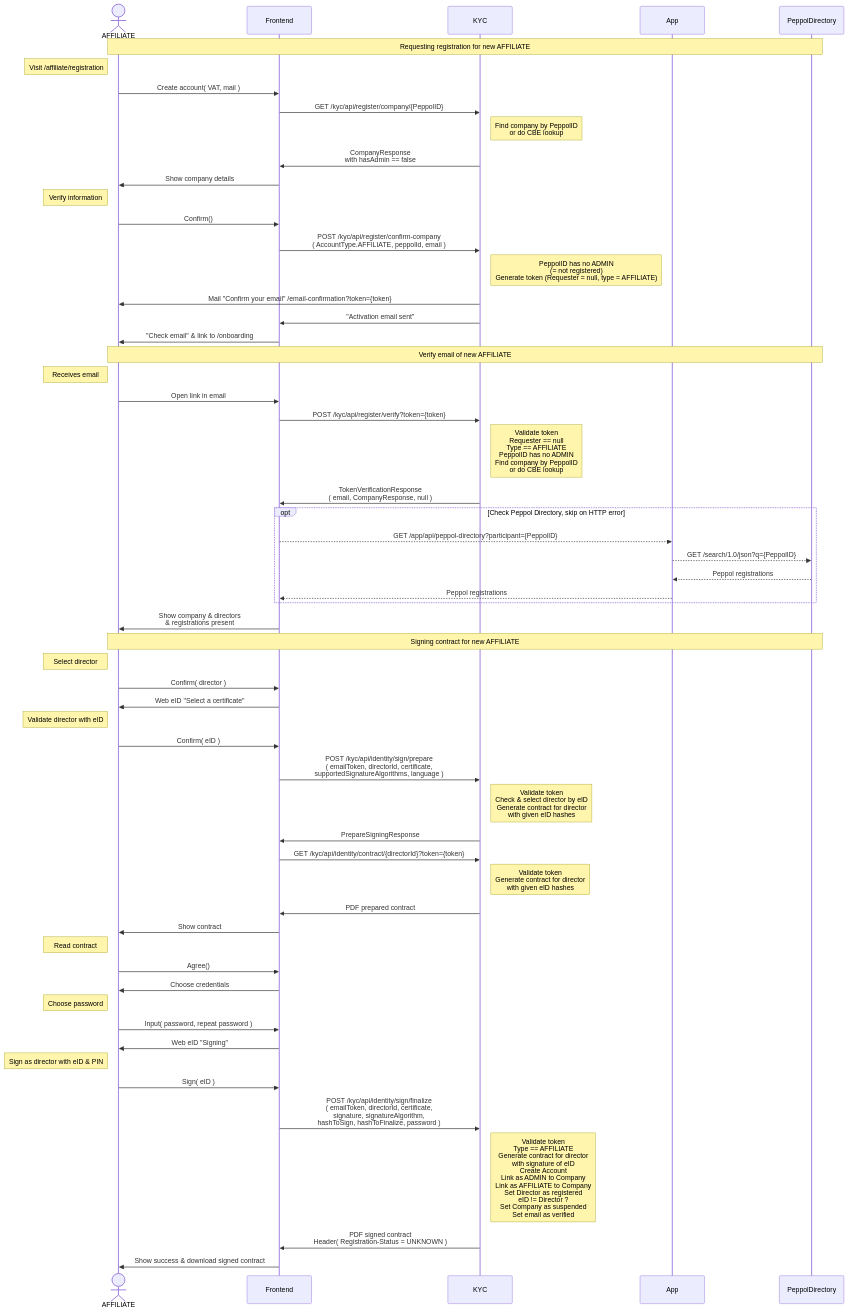
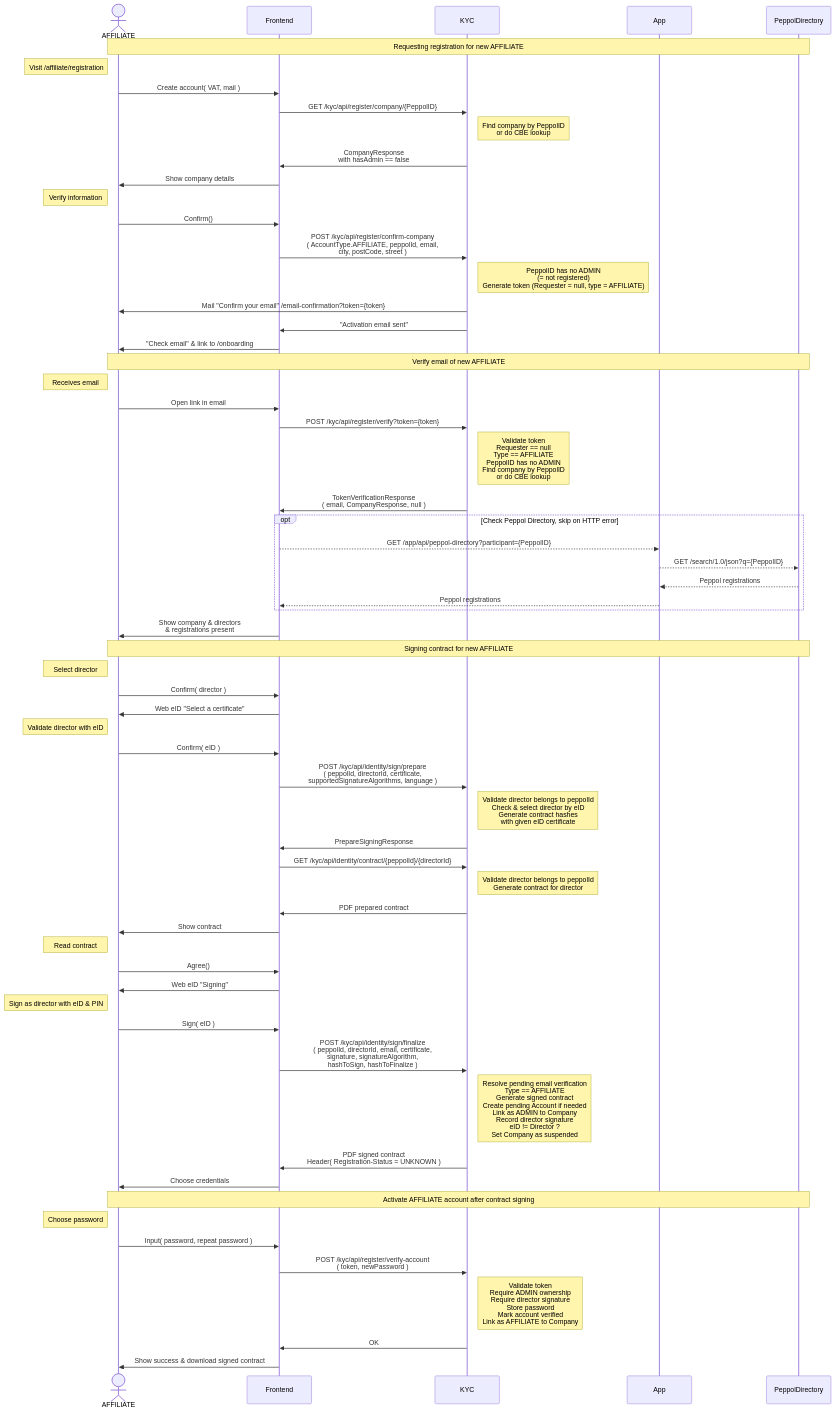
One commit to letspeppol/letspeppol changed the diagram in readme/registration-new-affiliate.md. Above: the diagram before and after it, drawn with Mermaid. The commit also changed 8 other files, not shown here.

Commit message:
Documentation registration flows

````diff
--- a/readme/registration-new-affiliate.md
+++ b/readme/registration-new-affiliate.md
@@ -3,68 +3,72 @@
 ```mermaid
 sequenceDiagram
     actor AFFILIATE as AFFILIATE
     participant Frontend as Frontend
     participant KYC as KYC
     participant App as App
     participant PeppolDirectory as PeppolDirectory
 
 Note over AFFILIATE, PeppolDirectory: Requesting registration for new AFFILIATE
     Note left of AFFILIATE: Visit /affiliate/registration
     AFFILIATE ->> Frontend: Create account( VAT, mail )
     Frontend ->> KYC: GET /kyc/api/register/company/{PeppolID}
     Note right of KYC: Find company by PeppolID <br> or do CBE lookup
     KYC ->> Frontend: CompanyResponse <br> with hasAdmin == false
     Frontend ->> AFFILIATE: Show company details
 
     Note left of AFFILIATE: Verify information
     AFFILIATE ->> Frontend: Confirm()
-    Frontend ->> KYC: POST /kyc/api/register/confirm-company <br> ( AccountType.AFFILIATE, peppolId, email )
+    Frontend ->> KYC: POST /kyc/api/register/confirm-company <br> ( AccountType.AFFILIATE, peppolId, email, <br> city, postCode, street )
     Note right of KYC: PeppolID has no ADMIN <br>(= not registered) <br> Generate token (Requester = null, type = AFFILIATE)
     KYC ->> AFFILIATE: Mail "Confirm your email" /email-confirmation?token={token}
     KYC ->> Frontend: "Activation email sent"
     Frontend ->> AFFILIATE: "Check email" & link to /onboarding
 
 Note over AFFILIATE, PeppolDirectory: Verify email of new AFFILIATE
     Note left of AFFILIATE: Receives email
     AFFILIATE ->> Frontend: Open link in email
     Frontend ->> KYC: POST /kyc/api/register/verify?token={token}
     Note right of KYC: Validate token <br> Requester == null <br> Type == AFFILIATE <br> PeppolID has no ADMIN <br> Find company by PeppolID <br> or do CBE lookup
     KYC ->> Frontend: TokenVerificationResponse <br> ( email, CompanyResponse, null )
     opt Check Peppol Directory, skip on HTTP error
         Frontend -->> App: GET /app/api/peppol-directory?participant={PeppolID}
         App -->> PeppolDirectory: GET /search/1.0/json?q={PeppolID}
         PeppolDirectory -->> App: Peppol registrations
         App -->> Frontend: Peppol registrations
     end
     Frontend ->> AFFILIATE: Show company & directors <br> & registrations present
 
 Note over AFFILIATE, PeppolDirectory: Signing contract for new AFFILIATE
     Note left of AFFILIATE: Select director
     AFFILIATE ->> Frontend: Confirm( director )
     Frontend ->> AFFILIATE: Web eID "Select a certificate"
 
     Note left of AFFILIATE: Validate director with eID
     AFFILIATE ->> Frontend: Confirm( eID )
-    Frontend ->> KYC: POST /kyc/api/identity/sign/prepare <br> ( emailToken, directorId, certificate, <br> supportedSignatureAlgorithms, language )
-    Note right of KYC: Validate token <br> Check & select director by eID <br> Generate contract for director <br> with given eID hashes
+    Frontend ->> KYC: POST /kyc/api/identity/sign/prepare <br> ( peppolId, directorId, certificate, <br> supportedSignatureAlgorithms, language )
+    Note right of KYC: Validate director belongs to peppolId <br> Check & select director by eID <br> Generate contract hashes <br> with given eID certificate
     KYC ->> Frontend: PrepareSigningResponse
-    Frontend ->> KYC: GET /kyc/api/identity/contract/{directorId}?token={token}
-    Note right of KYC: Validate token <br> Generate contract for director <br> with given eID hashes
+    Frontend ->> KYC: GET /kyc/api/identity/contract/{peppolId}/{directorId}
+    Note right of KYC: Validate director belongs to peppolId <br> Generate contract for director
     KYC ->> Frontend: PDF prepared contract
     Frontend ->> AFFILIATE: Show contract
 
     Note left of AFFILIATE: Read contract
     AFFILIATE ->> Frontend: Agree()
-    Frontend ->> AFFILIATE: Choose credentials
-
-    Note left of AFFILIATE: Choose password
-    AFFILIATE ->> Frontend: Input( password, repeat password )
     Frontend ->> AFFILIATE: Web eID "Signing"
 
     Note left of AFFILIATE: Sign as director with eID & PIN
     AFFILIATE ->> Frontend: Sign( eID )
-    Frontend ->> KYC: POST /kyc/api/identity/sign/finalize <br> ( emailToken, directorId, certificate, <br> signature, signatureAlgorithm, <br> hashToSign, hashToFinalize, password )
-    Note right of KYC: Validate token <br> Type == AFFILIATE <br> Generate contract for director <br> with signature of eID <br> Create Account <br> Link as ADMIN to Company <br> Link as AFFILIATE to Company <br> Set Director as registered <br> eID != Director ? <br> Set Company as suspended <br> Set email as verified
+    Frontend ->> KYC: POST /kyc/api/identity/sign/finalize <br> ( peppolId, directorId, email, certificate, <br> signature, signatureAlgorithm, <br> hashToSign, hashToFinalize )
+    Note right of KYC: Resolve pending email verification <br> Type == AFFILIATE <br> Generate signed contract <br> Create pending Account if needed <br> Link as ADMIN to Company <br> Record director signature <br> eID != Director ? <br> Set Company as suspended
     KYC ->> Frontend: PDF signed contract <br> Header( Registration-Status = UNKNOWN )
+    Frontend ->> AFFILIATE: Choose credentials
+
+Note over AFFILIATE, PeppolDirectory: Activate AFFILIATE account after contract signing
+    Note left of AFFILIATE: Choose password
+    AFFILIATE ->> Frontend: Input( password, repeat password )
+    Frontend ->> KYC: POST /kyc/api/register/verify-account <br> ( token, newPassword )
+    Note right of KYC: Validate token <br> Require ADMIN ownership <br> Require director signature <br> Store password <br> Mark account verified <br> Link as AFFILIATE to Company
+    KYC ->> Frontend: OK
     Frontend ->> AFFILIATE: Show success & download signed contract
 ```
````
